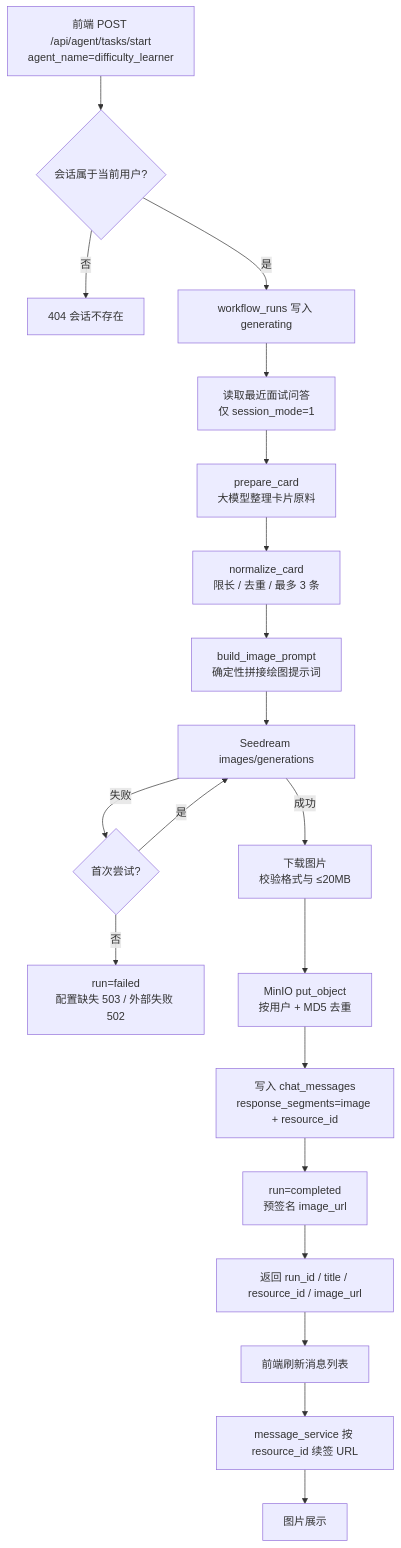
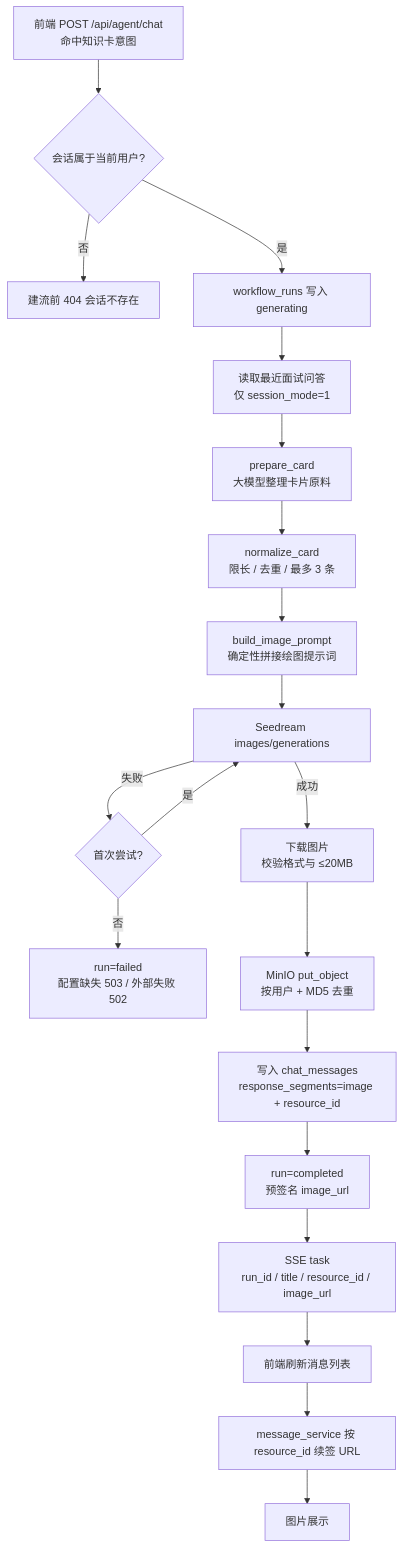
One commit to jiayinjiang-pistachio/study-pass-ai changed the third of 3 diagrams in agent-backend/docs/difficulty-card-guide.md. Above: the diagram before and after it, drawn with Mermaid. The commit also changed other lines of this file and 56 other files, not shown here.

````diff
--- a/agent-backend/docs/difficulty-card-guide.md
+++ b/agent-backend/docs/difficulty-card-guide.md
@@ -454,22 +469,22 @@
 ```mermaid
 flowchart TD
-    A[前端 POST /api/agent/tasks/start<br/>agent_name=difficulty_learner] --> B{会话属于当前用户?}
-    B -- 否 --> B1[404 会话不存在]
+    A[前端 POST /api/agent/chat<br/>命中知识卡意图] --> B{会话属于当前用户?}
+    B -- 否 --> B1[建流前 404 会话不存在]
     B -- 是 --> C[workflow_runs 写入 generating]
     C --> D[读取最近面试问答<br/>仅 session_mode=1]
     D --> E[prepare_card<br/>大模型整理卡片原料]
     E --> F[normalize_card<br/>限长 / 去重 / 最多 3 条]
     F --> G[build_image_prompt<br/>确定性拼接绘图提示词]
     G --> H[Seedream images/generations]
     H -- 失败 --> H0{首次尝试?}
     H0 -- 是 --> H
     H0 -- 否 --> H1[run=failed<br/>配置缺失 503 / 外部失败 502]
     H -- 成功 --> I[下载图片<br/>校验格式与 ≤20MB]
     I --> J[MinIO put_object<br/>按用户 + MD5 去重]
     J --> K[写入 chat_messages<br/>response_segments=image + resource_id]
     K --> L[run=completed<br/>预签名 image_url]
-    L --> M[返回 run_id / title / resource_id / image_url]
+    L --> M[SSE task<br/>run_id / title / resource_id / image_url]
     M --> N[前端刷新消息列表]
     N --> O[message_service 按 resource_id 续签 URL]
     O --> P[图片展示]
 ```
````
